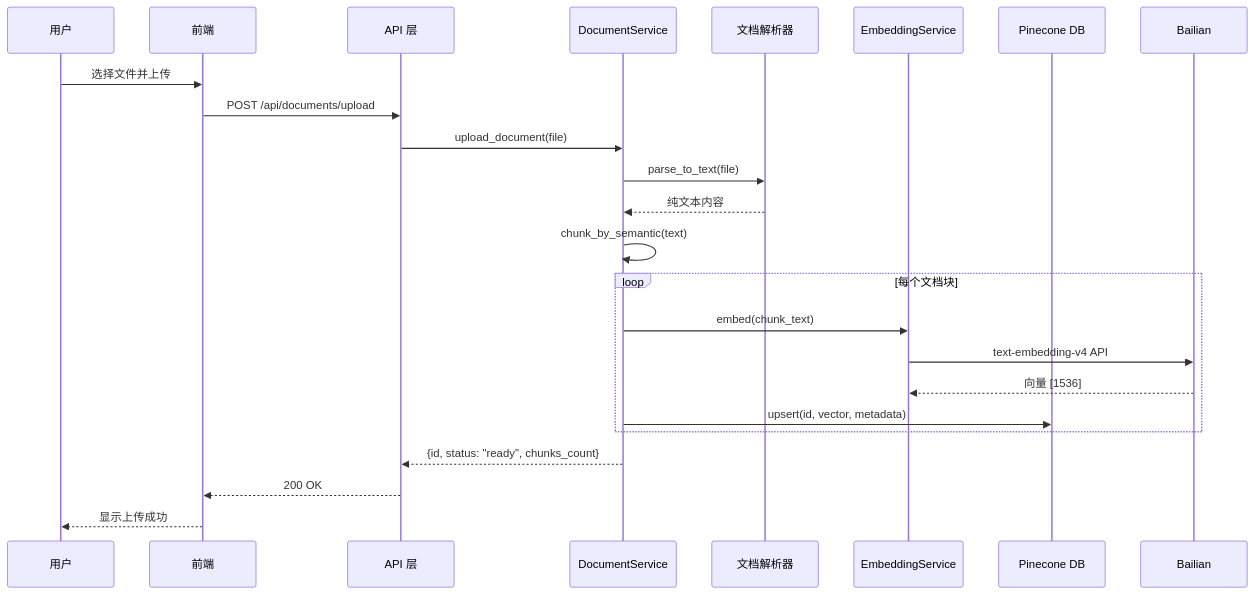
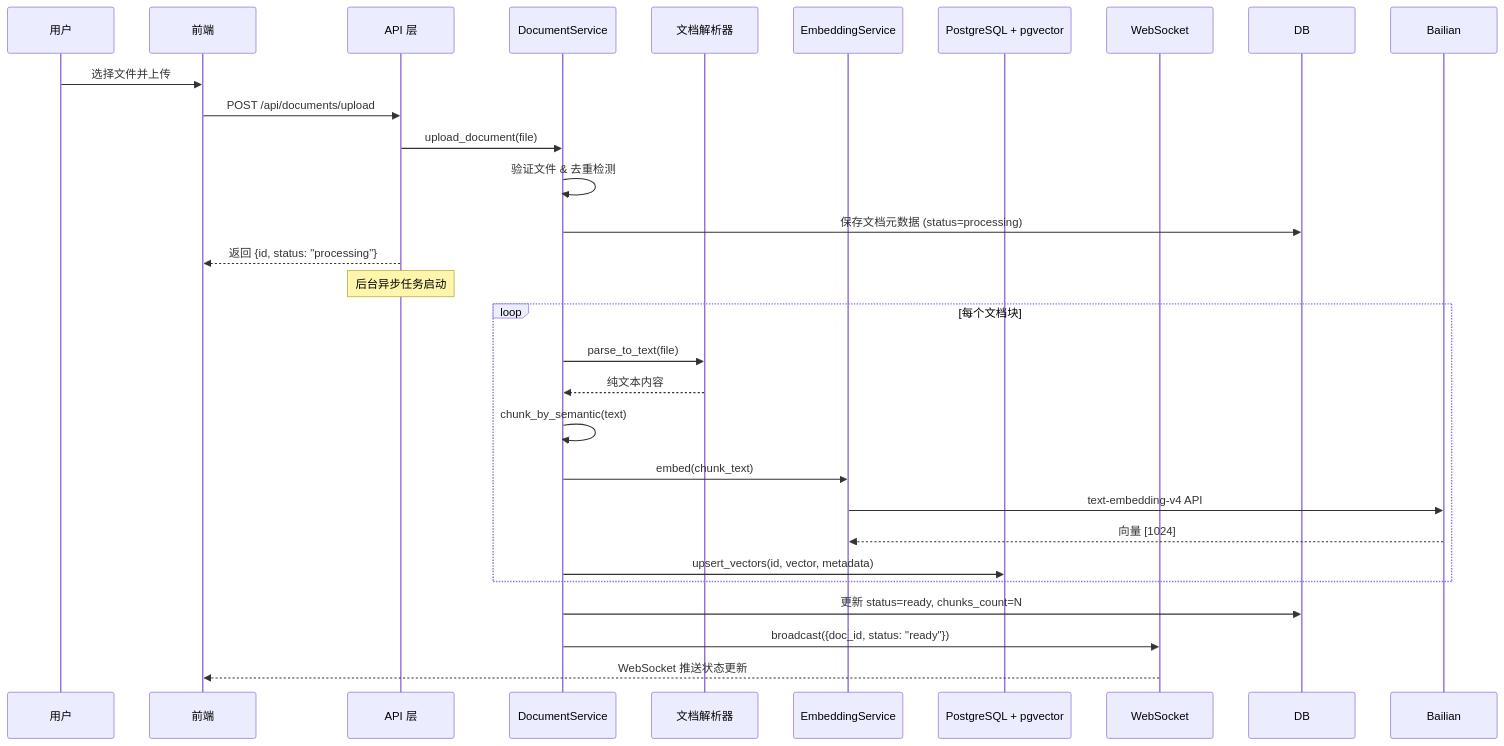
Before and after one commit to zhangjian24/llm: the second of 4 diagrams in document-qa-system/docs/SAD.md, drawn with Mermaid. The commit also changed other lines of this file, not shown here.

First line of the commit message:
feat(storage): 更换向量存储为PostgreSQL+pgvector

````diff
--- a/document-qa-system/docs/SAD.md
+++ b/document-qa-system/docs/SAD.md
@@ -158,29 +172,36 @@
 ```mermaid
 sequenceDiagram
     participant User as 用户
     participant FE as 前端
     participant API as API 层
     participant DocSvc as DocumentService
     participant Parser as 文档解析器
     participant EmbSvc as EmbeddingService
-    participant Pinecone as Pinecone DB
+    participant PG as PostgreSQL + pgvector
+    participant WS as WebSocket
     
     User->>FE: 选择文件并上传
     FE->>API: POST /api/documents/upload
     API->>DocSvc: upload_document(file)
     
-    DocSvc->>Parser: parse_to_text(file)
-    Parser-->>DocSvc: 纯文本内容
+    DocSvc->>DocSvc: 验证文件 & 去重检测
+    DocSvc->>DB: 保存文档元数据 (status=processing)
+    API-->>FE: 返回 {id, status: "processing"}
     
-    DocSvc->>DocSvc: chunk_by_semantic(text)
+    Note over API: 后台异步任务启动
+    
     loop 每个文档块
+        DocSvc->>Parser: parse_to_text(file)
+        Parser-->>DocSvc: 纯文本内容
+        
+        DocSvc->>DocSvc: chunk_by_semantic(text)
         DocSvc->>EmbSvc: embed(chunk_text)
         EmbSvc->>Bailian: text-embedding-v4 API
-        Bailian-->>EmbSvc: 向量 [1536]
-        DocSvc->>Pinecone: upsert(id, vector, metadata)
+        Bailian-->>EmbSvc: 向量 [1024]
+        DocSvc->>PG: upsert_vectors(id, vector, metadata)
     end
     
-    DocSvc-->>API: {id, status: "ready", chunks_count}
-    API-->>FE: 200 OK
-    FE-->>User: 显示上传成功
+    DocSvc->>DB: 更新 status=ready, chunks_count=N
+    DocSvc->>WS: broadcast({doc_id, status: "ready"})
+    WS-->>FE: WebSocket 推送状态更新
 ```
````
